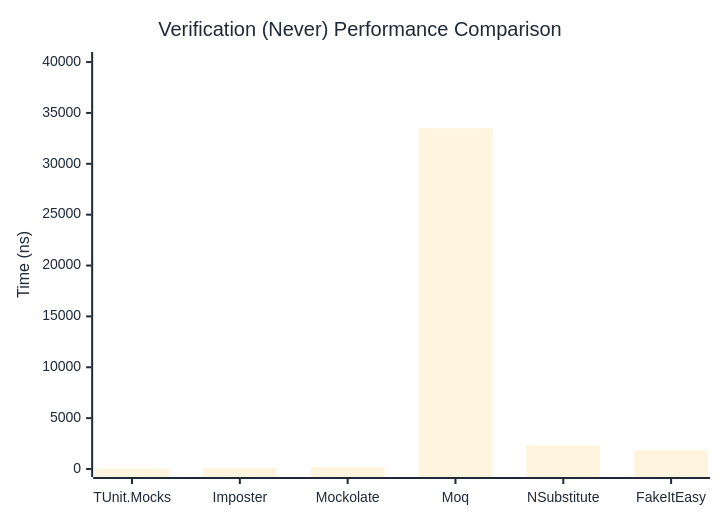
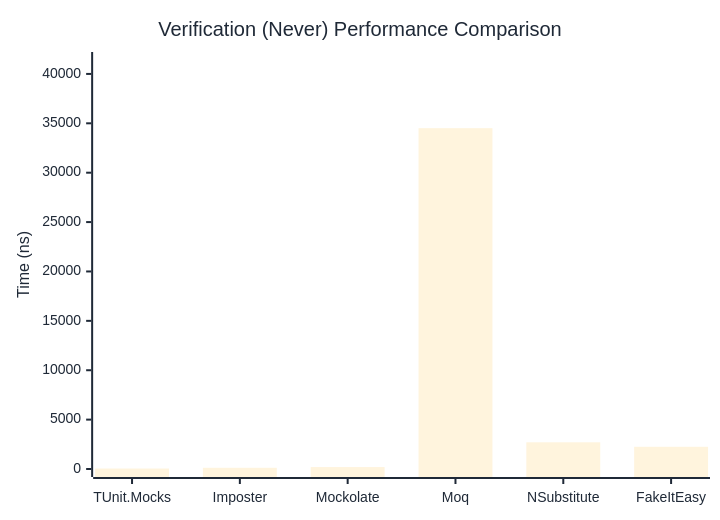
One commit to thomhurst/TUnit changed the second of 3 diagrams in docs/docs/benchmarks/mocks/Verification.md. Above: the diagram before and after it, drawn with Mermaid. The commit also changed other lines of this file and 14 other files, not shown here.

````diff
--- a/docs/docs/benchmarks/mocks/Verification.md
+++ b/docs/docs/benchmarks/mocks/Verification.md
@@ -71,27 +71,27 @@
 ```mermaid
 %%{init: {
   'theme':'base',
   'themeVariables': {
     'primaryColor': '#2563eb',
     'primaryTextColor': '#1f2937',
     'primaryBorderColor': '#1e40af',
     'lineColor': '#6b7280',
     'secondaryColor': '#7c3aed',
     'tertiaryColor': '#dc2626',
     'background': '#ffffff',
     'pie1': '#2563eb',
     'pie2': '#7c3aed',
     'pie3': '#dc2626',
     'pie4': '#f59e0b',
     'pie5': '#10b981',
     'pie6': '#06b6d4',
     'pie7': '#ec4899',
     'pie8': '#6366f1'
   }
 }}%%
 xychart-beta
   title "Verification (Never) Performance Comparison"
   x-axis ["TUnit.Mocks", "Imposter", "Mockolate", "Moq", "NSubstitute", "FakeItEasy"]
-  y-axis "Time (ns)" 0 --> 40203
-  bar [42.6, 109.34, 181.87, 33501.78, 2319.19, 1856.54]
+  y-axis "Time (ns)" 0 --> 41410
+  bar [48.07, 121.66, 193.83, 34507.62, 2702.42, 2247.64]
 ```
````
